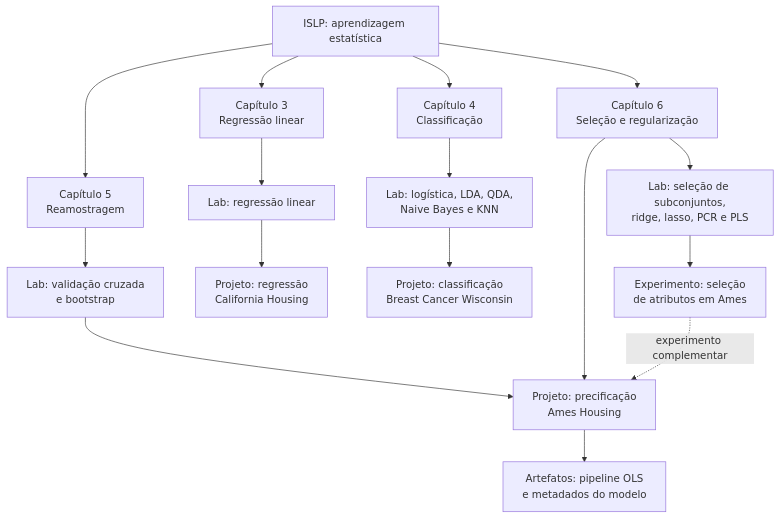
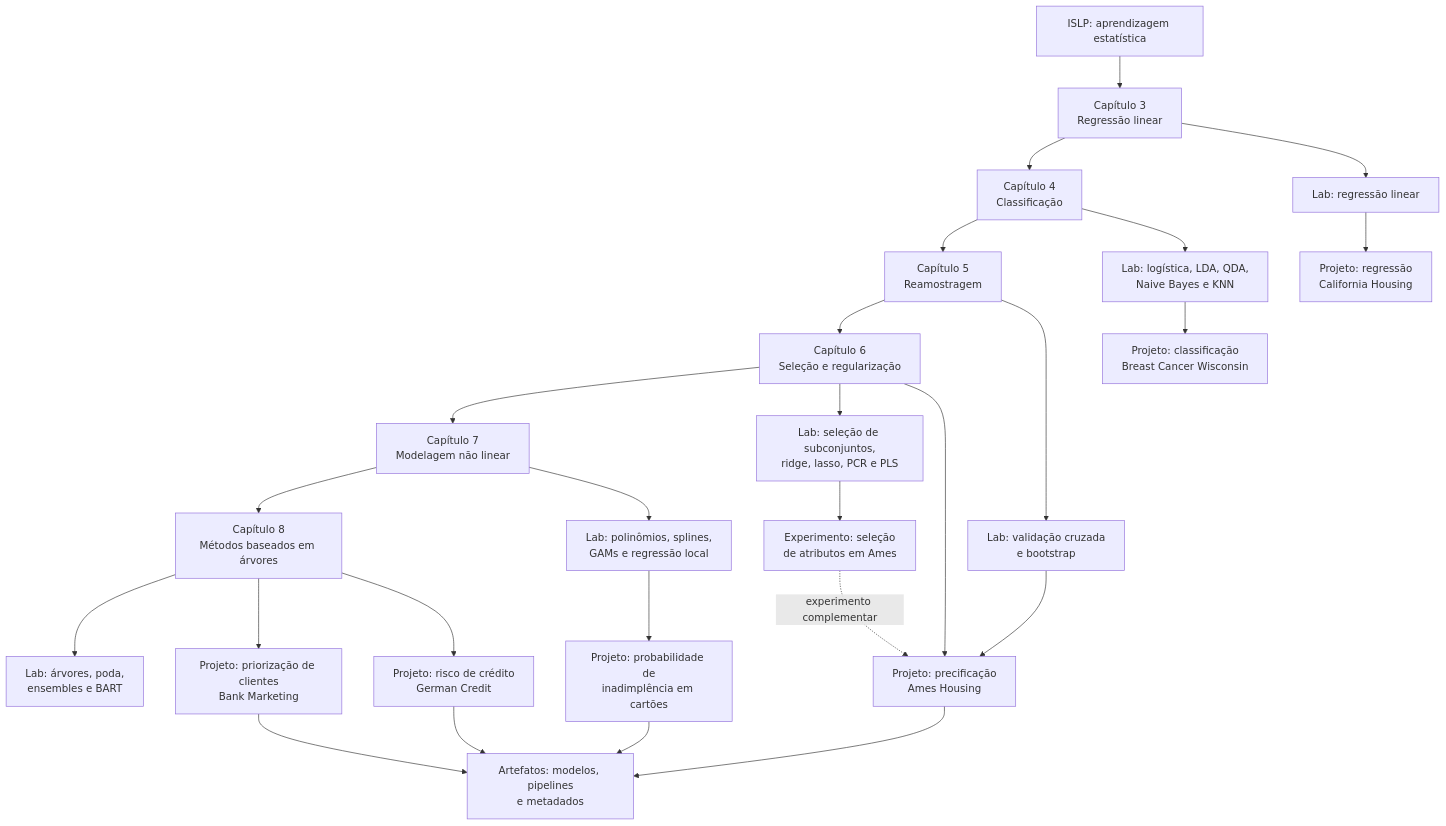
The diagram in README.md (lucasarauj0h/islp-em-pratica), drawn with Mermaid before and after one commit. The commit also changed other lines of this file and 8 other files, not shown here.

````diff
--- a/README.md
+++ b/README.md
@@ -19,37 +19,48 @@
 ```mermaid
 flowchart TB
     accTitle: Mapa dos capítulos, laboratórios e projetos do repositório
-    accDescr: Os capítulos 3 a 6 do ISLP conduzem a laboratórios de regressão, classificação, reamostragem e regularização, que depois se conectam aos projetos California Housing, Breast Cancer e Ames Housing.
+    accDescr: Os capítulos 3 a 8 do ISLP conduzem a laboratórios, experimentos e projetos sobre regressão, classificação, reamostragem, regularização, modelagem não linear e métodos baseados em árvores.
 
     ISLP["ISLP: aprendizagem estatística"]
 
     C3["Capítulo 3<br/>Regressão linear"]
     C4["Capítulo 4<br/>Classificação"]
     C5["Capítulo 5<br/>Reamostragem"]
     C6["Capítulo 6<br/>Seleção e regularização"]
+    C7["Capítulo 7<br/>Modelagem não linear"]
+    C8["Capítulo 8<br/>Métodos baseados em árvores"]
 
     L3["Lab: regressão linear"]
     L4["Lab: logística, LDA, QDA,<br/>Naive Bayes e KNN"]
     L5["Lab: validação cruzada<br/>e bootstrap"]
     L6["Lab: seleção de subconjuntos,<br/>ridge, lasso, PCR e PLS"]
+    L7["Lab: polinômios, splines,<br/>GAMs e regressão local"]
+    L8["Lab: árvores, poda,<br/>ensembles e BART"]
 
     P3["Projeto: regressão<br/>California Housing"]
     P4["Projeto: classificação<br/>Breast Cancer Wisconsin"]
     E6["Experimento: seleção<br/>de atributos em Ames"]
     P56["Projeto: precificação<br/>Ames Housing"]
+    P7["Projeto: probabilidade de<br/>inadimplência em cartões"]
+    P8A["Projeto: priorização de clientes<br/>Bank Marketing"]
+    P8B["Projeto: risco de crédito<br/>German Credit"]
 
-    A["Artefatos: pipeline OLS<br/>e metadados do modelo"]
+    A["Artefatos: modelos, pipelines<br/>e metadados"]
 
-    ISLP --> C3
-    ISLP --> C4
-    ISLP --> C5
-    ISLP --> C6
+    ISLP --> C3 --> C4 --> C5 --> C6 --> C7 --> C8
 
     C3 --> L3 --> P3
     C4 --> L4 --> P4
     C5 --> L5 --> P56
     C6 --> L6 --> E6
     C6 --> P56
+    C7 --> L7 --> P7
+    C8 --> L8
+    C8 --> P8A
+    C8 --> P8B
     E6 -.->|experimento complementar| P56
     P56 --> A
+    P7 --> A
+    P8A --> A
+    P8B --> A
 ```
````
